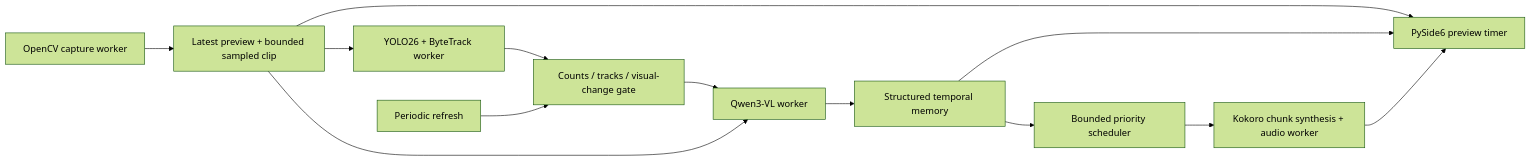
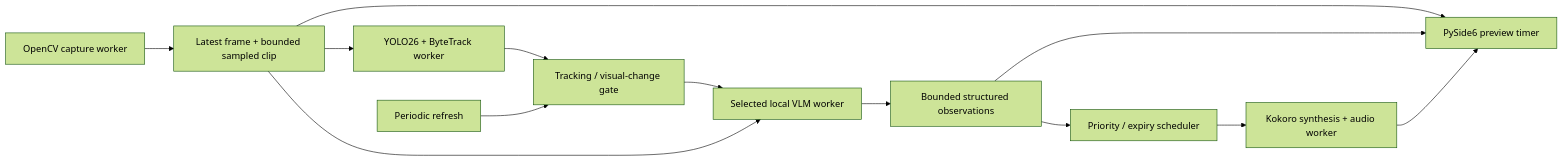
The diagram in README.md (rakhshethans/real-time-audio-narration), drawn with Mermaid (forest theme) before and after one commit. The commit also changed other lines of this file and 21 other files, not shown here.

````diff
--- a/README.md
+++ b/README.md
@@ -99,15 +70,15 @@
 ```mermaid
 flowchart LR
-    Camera[OpenCV capture worker] --> Buffer[Latest preview + bounded sampled clip]
+    Camera[OpenCV capture worker] --> Buffer[Latest frame + bounded sampled clip]
     Buffer --> UI[PySide6 preview timer]
     Buffer --> YOLO[YOLO26 + ByteTrack worker]
-    YOLO --> Gate[Counts / tracks / visual-change gate]
-    Clock[Periodic refresh] --> Gate
-    Gate --> VLM[Qwen3-VL worker]
+    YOLO --> Gate[Tracking / visual-change gate]
+    Refresh[Periodic refresh] --> Gate
+    Gate --> VLM[Selected local VLM worker]
     Buffer --> VLM
-    VLM --> Memory[Structured temporal memory]
-    Memory --> Scheduler[Bounded priority scheduler]
-    Scheduler --> Speech[Kokoro chunk synthesis + audio worker]
+    VLM --> Memory[Bounded structured observations]
+    Memory --> Scheduler[Priority / expiry scheduler]
+    Scheduler --> Speech[Kokoro synthesis + audio worker]
     Memory --> UI
     Speech --> UI
 ```
````
